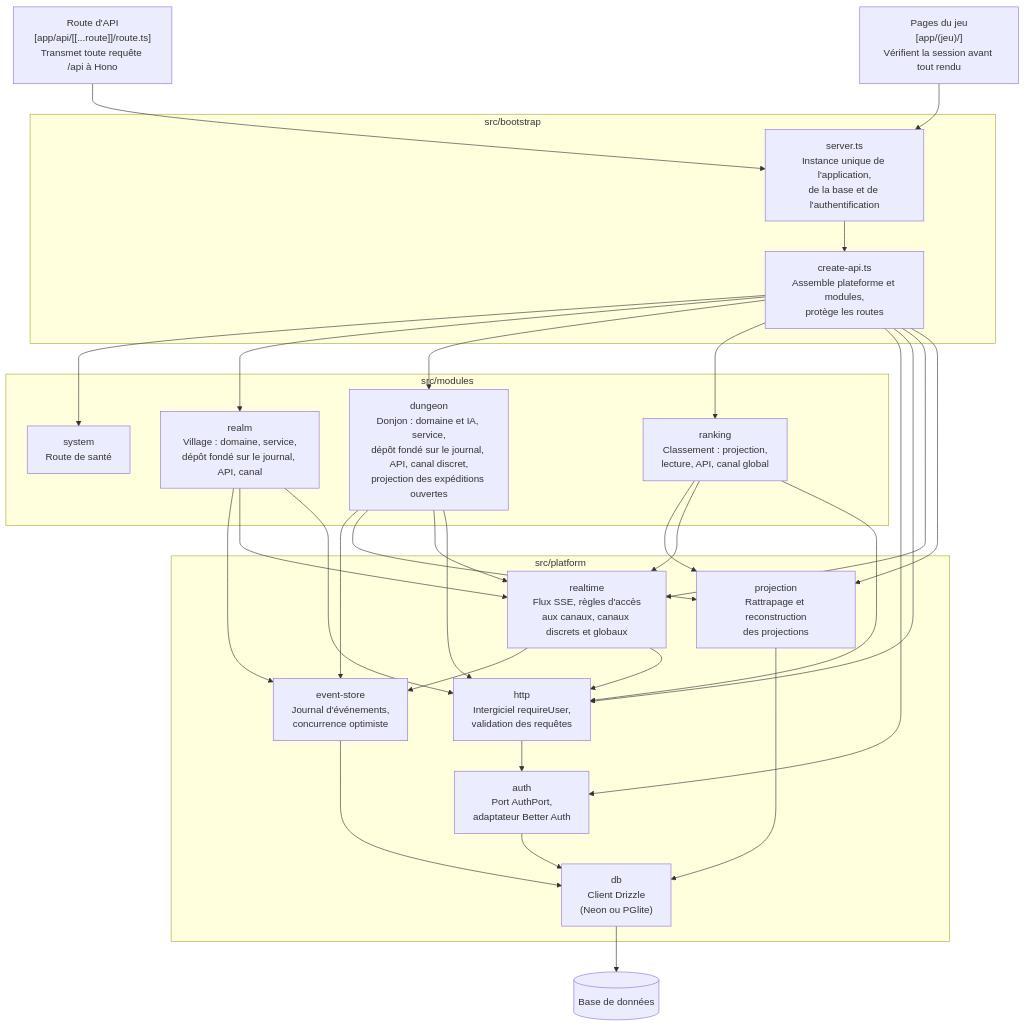
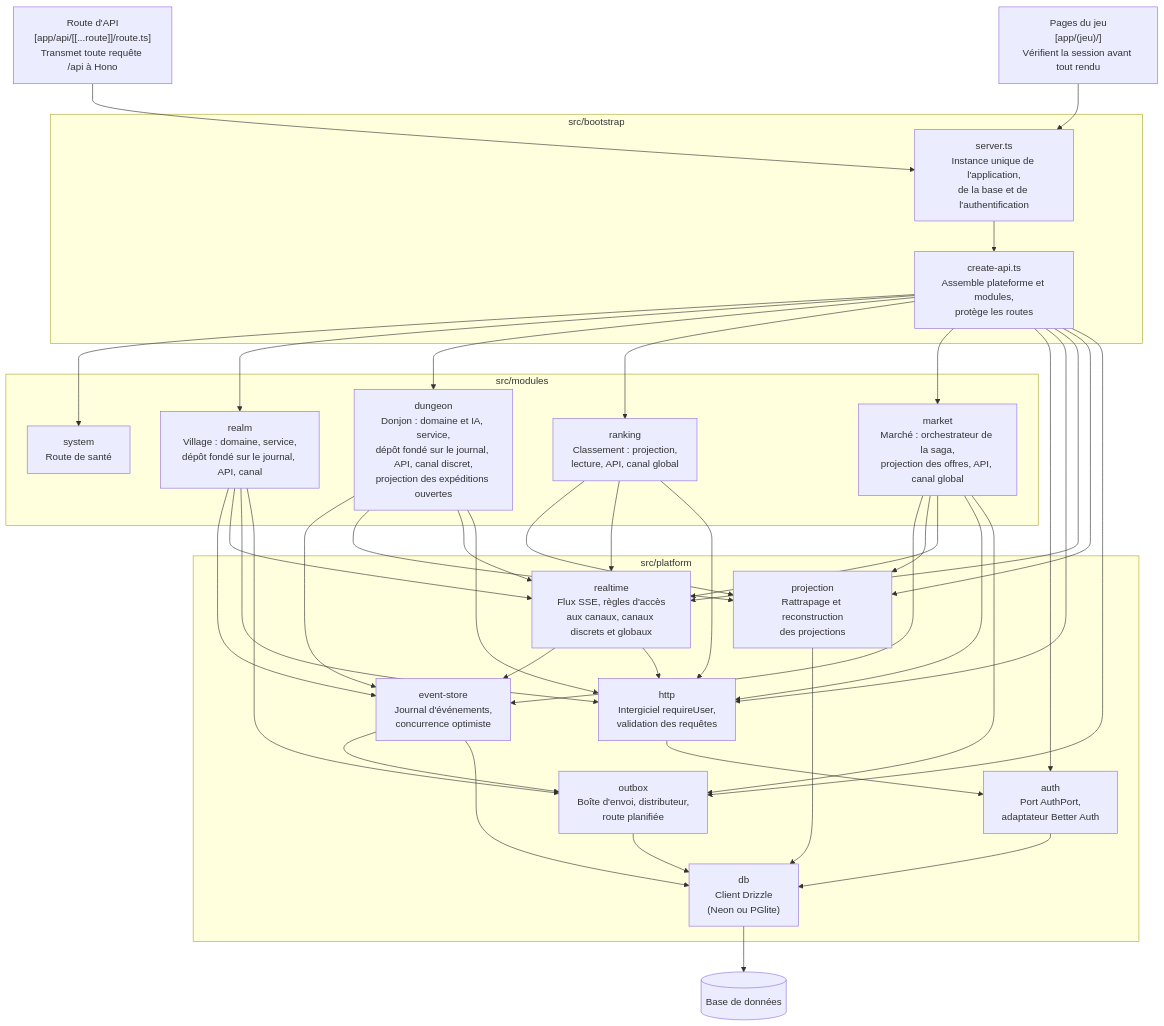
Before and after one commit to Swixos/royaumes: the third of 4 diagrams in docs/architecture.md, drawn with Mermaid. The commit also changed other lines of this file and 1 other file, not shown here.

First line of the commit message:
docs: update the market documentation

````diff
--- a/docs/architecture.md
+++ b/docs/architecture.md
@@ -54,37 +54,42 @@
 ```mermaid
 flowchart TB
   route["Route d'API<br/>[app/api/[[...route]]/route.ts]<br/>Transmet toute requête /api à Hono"]
   pages["Pages du jeu<br/>[app/(jeu)/]<br/>Vérifient la session avant tout rendu"]
   subgraph bootstrap["src/bootstrap"]
     server["server.ts<br/>Instance unique de l'application,<br/>de la base et de l'authentification"]
     createapi["create-api.ts<br/>Assemble plateforme et modules,<br/>protège les routes"]
   end
   subgraph modules["src/modules"]
     system["system<br/>Route de santé"]
     realm["realm<br/>Village : domaine, service,<br/>dépôt fondé sur le journal, API, canal"]
     dungeon["dungeon<br/>Donjon : domaine et IA, service,<br/>dépôt fondé sur le journal, API, canal discret,<br/>projection des expéditions ouvertes"]
     ranking["ranking<br/>Classement : projection,<br/>lecture, API, canal global"]
+    market["market<br/>Marché : orchestrateur de la saga,<br/>projection des offres, API, canal global"]
   end
   subgraph platform["src/platform"]
     auth["auth<br/>Port AuthPort,<br/>adaptateur Better Auth"]
     http["http<br/>Intergiciel requireUser,<br/>validation des requêtes"]
     realtime["realtime<br/>Flux SSE, règles d'accès<br/>aux canaux, canaux discrets et globaux"]
     store["event-store<br/>Journal d'événements,<br/>concurrence optimiste"]
     projection["projection<br/>Rattrapage et reconstruction<br/>des projections"]
+    outbox["outbox<br/>Boîte d'envoi, distributeur,<br/>route planifiée"]
     db["db<br/>Client Drizzle<br/>(Neon ou PGlite)"]
   end
   base[("Base de données")]
   route --> server
   pages --> server
   server --> createapi
-  createapi --> system & realm & dungeon & ranking & auth & http & realtime & projection
-  realm --> store & realtime & http
+  createapi --> system & realm & dungeon & ranking & market & auth & http & realtime & projection & outbox
+  realm --> store & realtime & http & outbox
+  market --> store & projection & realtime & http & outbox
   dungeon --> store & projection & realtime & http
   ranking --> projection & realtime & http
   realtime --> store & http
   projection --> db
+  store --> outbox
+  outbox --> db
   http --> auth
   auth --> db
   store --> db
   db --> base
 ```
````
